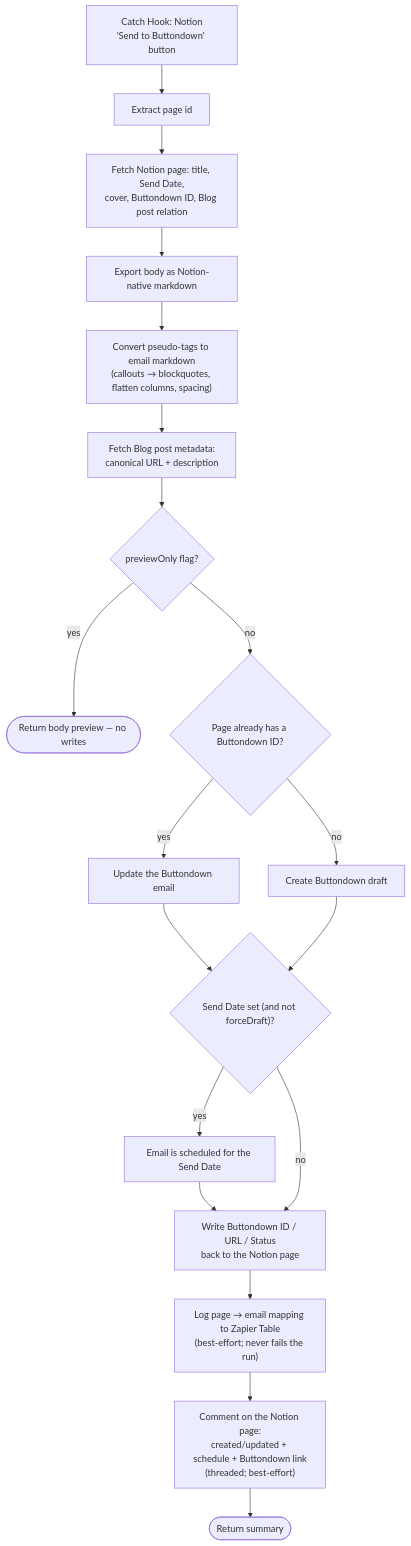
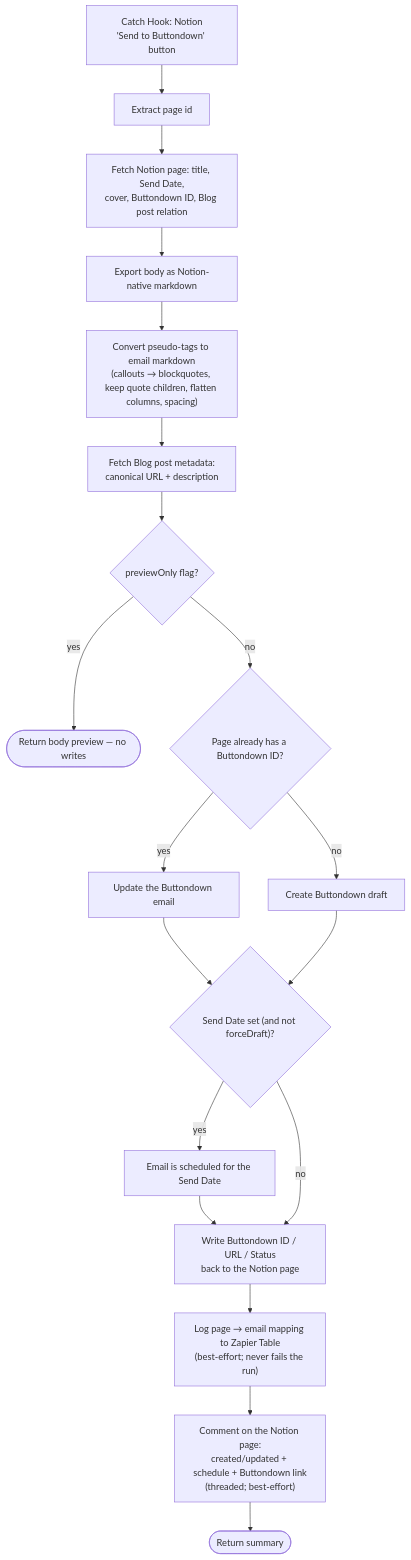
Before and after one commit to work-flowers/zapier-sdk: the diagram in notion-newsletter-to-buttondown/README.md, drawn with Mermaid. The commit also changed other lines of this file and 1 other file, not shown here.

Commit message:
notion-newsletter-to-buttondown: keep multi-block quotes whole
Notion exports a quote block holding several blocks as "> first line"
plus tab-indented child blocks. The tab strip dropped those children out
of the quote, so only the first sentence of the quote on 'AI Is Writing
Faster Than We Can Read' was quoted in Buttondown. Fold the children into
the blockquote, sharing the callout's blank-'>' block separation.

````diff
--- a/notion-newsletter-to-buttondown/README.md
+++ b/notion-newsletter-to-buttondown/README.md
@@ -13,20 +13,20 @@
 ```mermaid
 flowchart TD
     A["Catch Hook: Notion<br/>'Send to Buttondown' button"] --> B["Extract page id"]
     B --> C["Fetch Notion page: title, Send Date,<br/>cover, Buttondown ID, Blog post relation"]
     C --> D["Export body as Notion-native markdown"]
-    D --> E["Convert pseudo-tags to email markdown<br/>(callouts → blockquotes, flatten columns, spacing)"]
+    D --> E["Convert pseudo-tags to email markdown<br/>(callouts → blockquotes, keep quote children, flatten columns, spacing)"]
     E --> F["Fetch Blog post metadata:<br/>canonical URL + description"]
     F --> G{"previewOnly flag?"}
     G -- yes --> H(["Return body preview — no writes"])
     G -- no --> I{"Page already has a Buttondown ID?"}
     I -- yes --> J["Update the Buttondown email"]
     I -- no --> K["Create Buttondown draft"]
     J --> L{"Send Date set (and not forceDraft)?"}
     K --> L
     L -- yes --> M["Email is scheduled for the Send Date"] --> N
     L -- no --> N["Write Buttondown ID / URL / Status<br/>back to the Notion page"]
     N --> O["Log page → email mapping to Zapier Table<br/>(best-effort; never fails the run)"]
     O --> Q["Comment on the Notion page:<br/>created/updated + schedule + Buttondown link<br/>(threaded; best-effort)"]
     Q --> P(["Return summary"])
 ```
````
